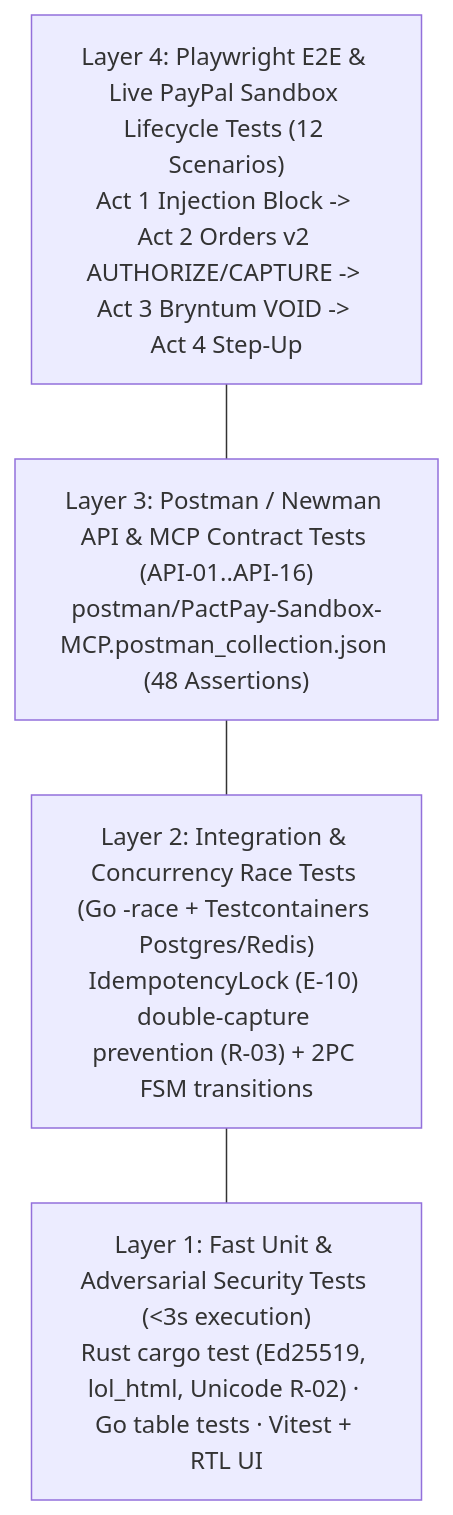
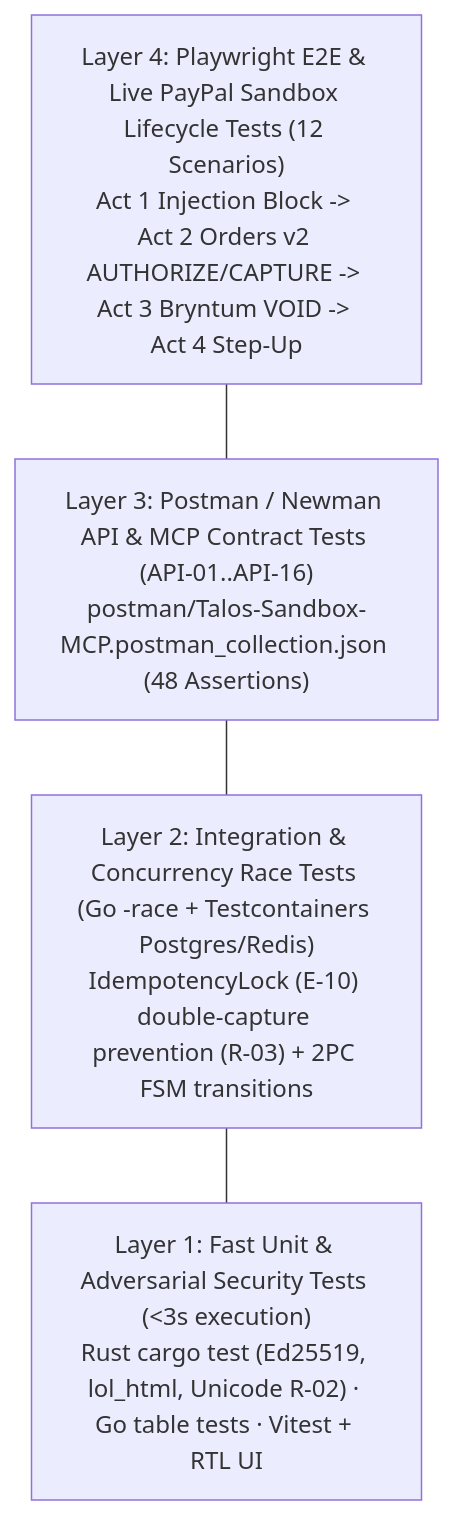
Before and after one commit to sruj08/Talos: the diagram in docs/03-engineering/TESTING.md, drawn with Mermaid. The commit also changed other lines of this file and 457 other files, not shown here.

Commit message:
feat: initialize polyglot project architecture with comprehensive documentation, Go orchestrator, and Rust firewall services

````diff
--- a/docs/03-engineering/TESTING.md
+++ b/docs/03-engineering/TESTING.md
@@ -9,9 +9,9 @@
 ```mermaid
 flowchart TB
     L4["Layer 4: Playwright E2E & Live PayPal Sandbox Lifecycle Tests (12 Scenarios)<br/>Act 1 Injection Block -> Act 2 Orders v2 AUTHORIZE/CAPTURE -> Act 3 Bryntum VOID -> Act 4 Step-Up"]
-    L3["Layer 3: Postman / Newman API & MCP Contract Tests (API-01..API-16)<br/>postman/PactPay-Sandbox-MCP.postman_collection.json (48 Assertions)"]
+    L3["Layer 3: Postman / Newman API & MCP Contract Tests (API-01..API-16)<br/>postman/Talos-Sandbox-MCP.postman_collection.json (48 Assertions)"]
     L2["Layer 2: Integration & Concurrency Race Tests (Go -race + Testcontainers Postgres/Redis)<br/>IdempotencyLock (E-10) double-capture prevention (R-03) + 2PC FSM transitions"]
     L1["Layer 1: Fast Unit & Adversarial Security Tests (<3s execution)<br/>Rust cargo test (Ed25519, lol_html, Unicode R-02) · Go table tests · Vitest + RTL UI"]
 
     L4 --- L3 --- L2 --- L1
 ```
````
